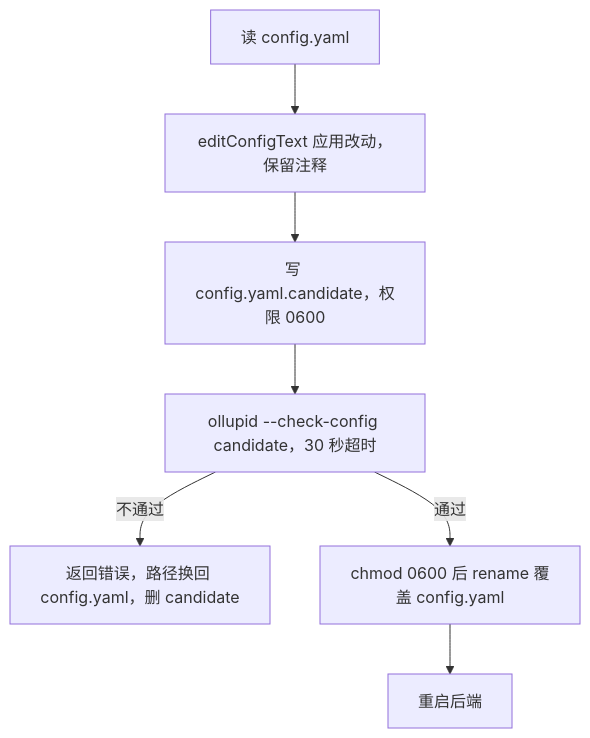
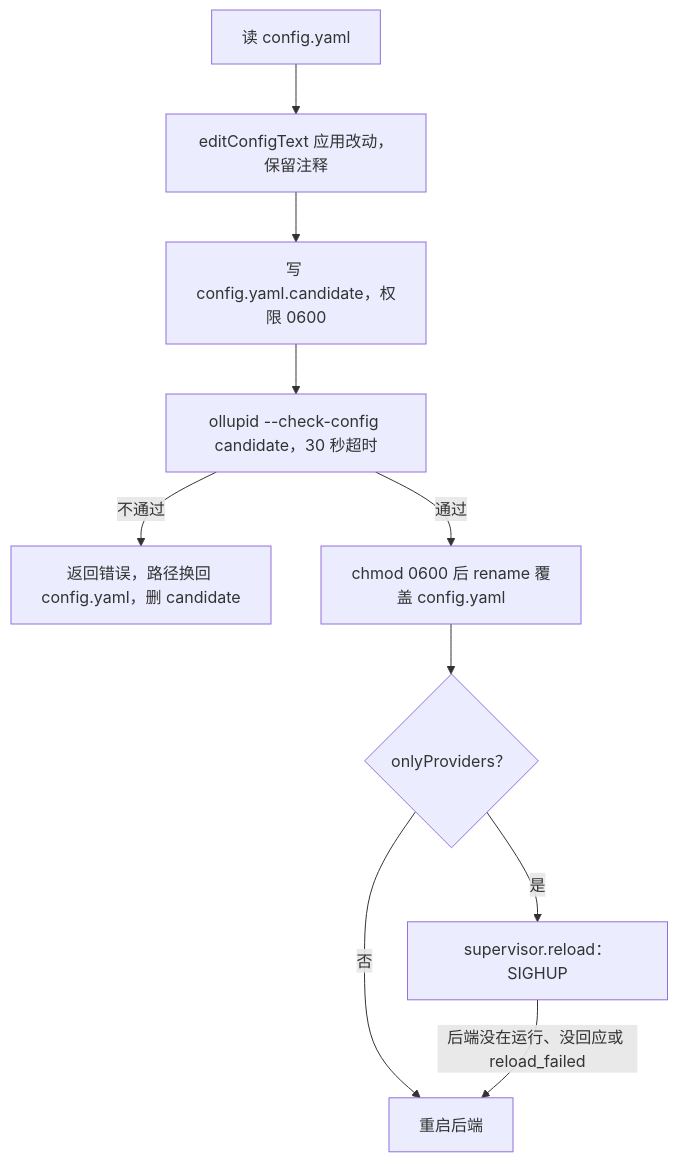
One commit to 0xfakeSpike/ollupi-docs changed the diagram in docs/zh/desktop/config.md. Above: the diagram before and after it, drawn with Mermaid. The commit also changed other lines of this file and 1 other file, not shown here.

First line of the commit message:
App and desktop: config pages for the providers catalog

````diff
--- a/docs/zh/desktop/config.md
+++ b/docs/zh/desktop/config.md
@@ -66,9 +70,12 @@
 ```mermaid
 flowchart TD
   A["读 config.yaml"] --> B["editConfigText 应用改动，保留注释"]
   B --> C["写 config.yaml.candidate，权限 0600"]
   C --> D["ollupid --check-config candidate，30 秒超时"]
   D -->|"不通过"| E["返回错误，路径换回 config.yaml，删 candidate"]
   D -->|"通过"| F["chmod 0600 后 rename 覆盖 config.yaml"]
-  F --> G["重启后端"]
+  F --> G{"onlyProviders？"}
+  G -->|"是"| H["supervisor.reload：SIGHUP"]
+  G -->|"否"| I["重启后端"]
+  H -->|"后端没在运行、没回应或 reload_failed"| I
 ```
````
